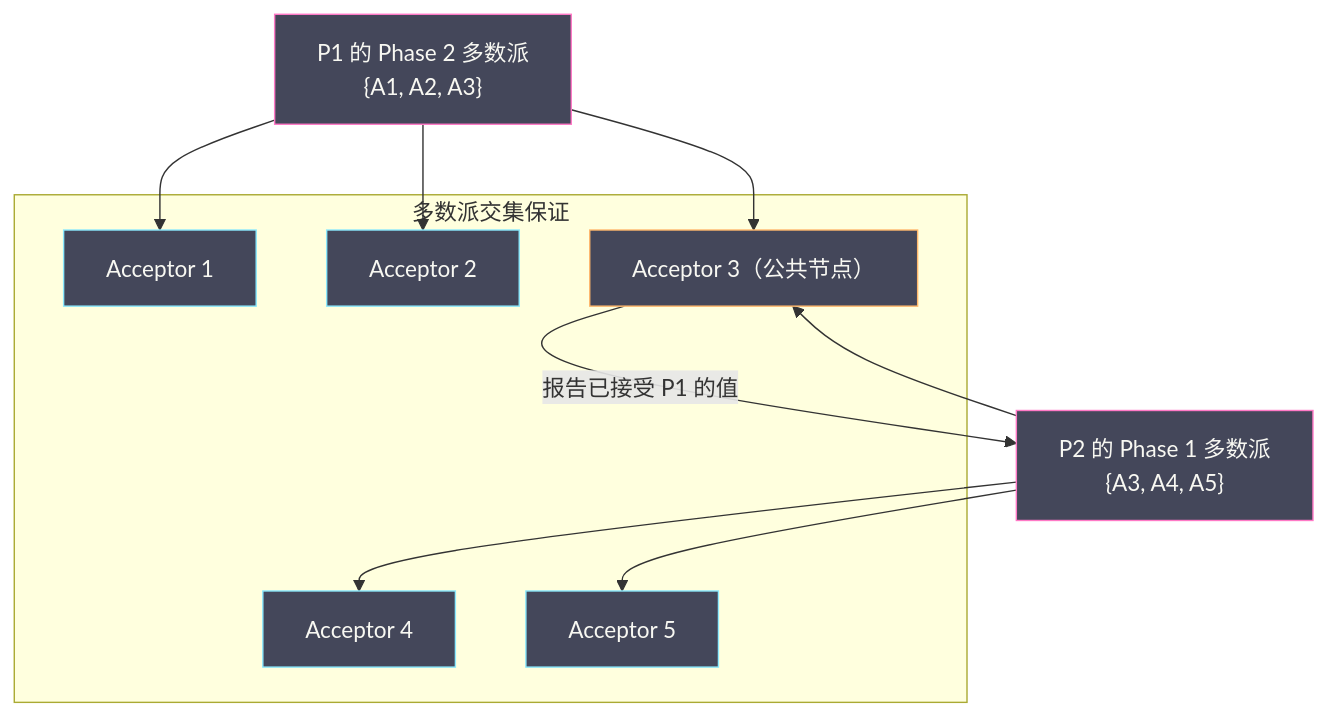
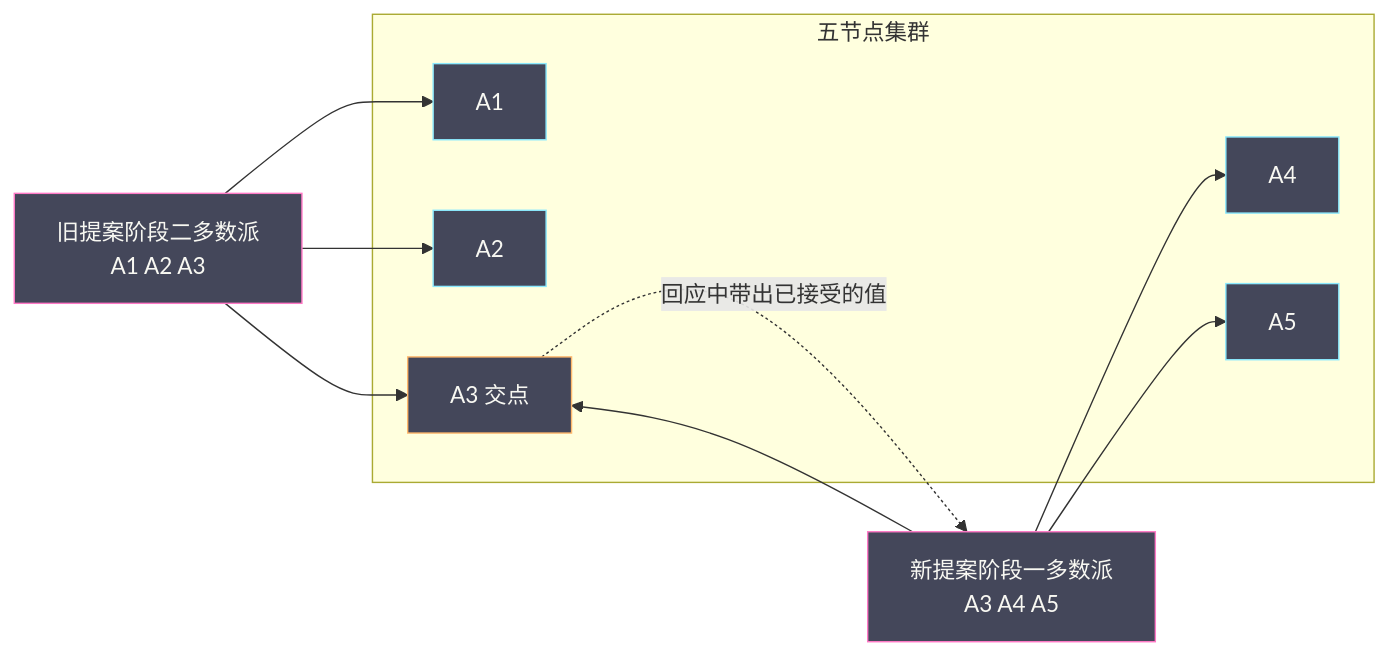
The first of 4 diagrams in content/分布式架构/分布式系统原理与协议/04 Paxos 算法原理深度解析.md (hpliStartAgain/my-brain), drawn with Mermaid before and after one commit. The commit also changed other lines of this file and 259 other files, not shown here.

````diff
--- a/content/分布式架构/分布式系统原理与协议/04 Paxos 算法原理深度解析.md
+++ b/content/分布式架构/分布式系统原理与协议/04 Paxos 算法原理深度解析.md
@@ -302,29 +153,27 @@
 ```mermaid
 %%{init: {'theme': 'dracula'}}%%
-graph TD
-    subgraph "多数派交集保证"
-        A1["Acceptor 1"]
-        A2["Acceptor 2"]
-        A3["Acceptor 3（公共节点）"]
-        A4["Acceptor 4"]
-        A5["Acceptor 5"]
+graph LR
+    subgraph "五节点集群"
+        A1["A1"]
+        A2["A2"]
+        A3["A3 交点"]
+        A4["A4"]
+        A5["A5"]
     end
 
-    P1["P1 的 Phase 2 多数派</br>{A1, A2, A3}"] --> A1
-    P1 --> A2
-    P1 --> A3
-
-    P2["P2 的 Phase 1 多数派</br>{A3, A4, A5}"] --> A3
-    P2 --> A4
-    P2 --> A5
-
-    A3 -->|"报告已接受 P1 的值"| P2
+    Q1["旧提案阶段二多数派<br/>A1 A2 A3"] --> A1
+    Q1 --> A2
+    Q1 --> A3
+    Q2["新提案阶段一多数派<br/>A3 A4 A5"] --> A3
+    Q2 --> A4
+    Q2 --> A5
+    A3 -.->|"回应中带出已接受的值"| Q2
 
     classDef proposer fill:#44475a,stroke:#ff79c6,color:#f8f8f2
     classDef acceptor fill:#44475a,stroke:#8be9fd,color:#f8f8f2
-    classDef common fill:#44475a,stroke:#ffb86c,color:#f8f8f2
+    classDef joint fill:#44475a,stroke:#ffb86c,color:#f8f8f2
 
-    class P1,P2 proposer
+    class Q1,Q2 proposer
     class A1,A2,A4,A5 acceptor
-    class A3 common
+    class A3 joint
 ```
````
